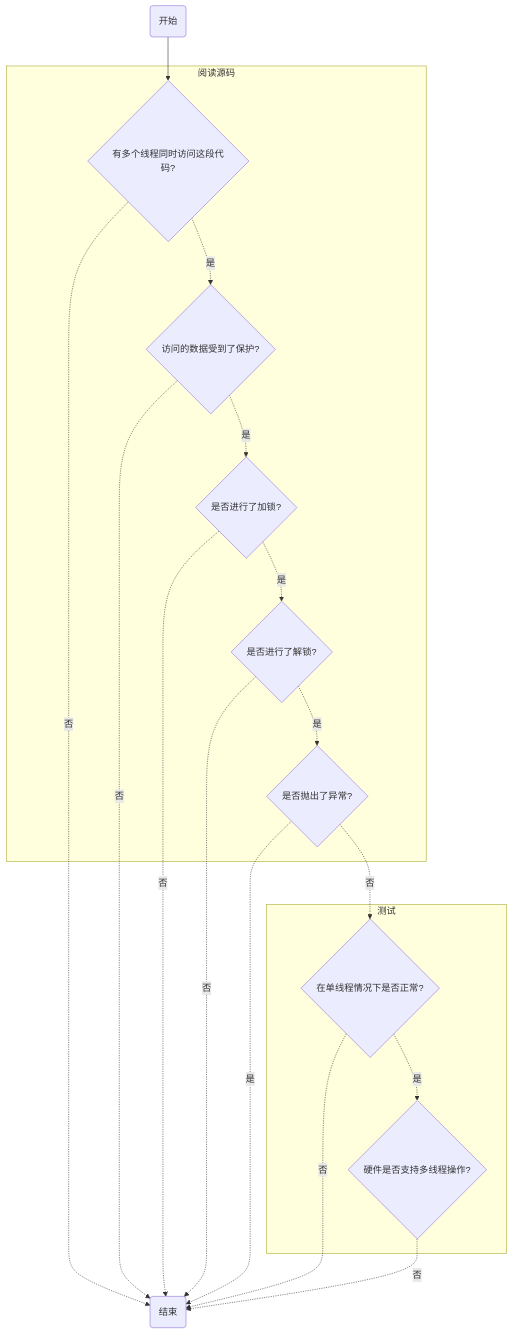
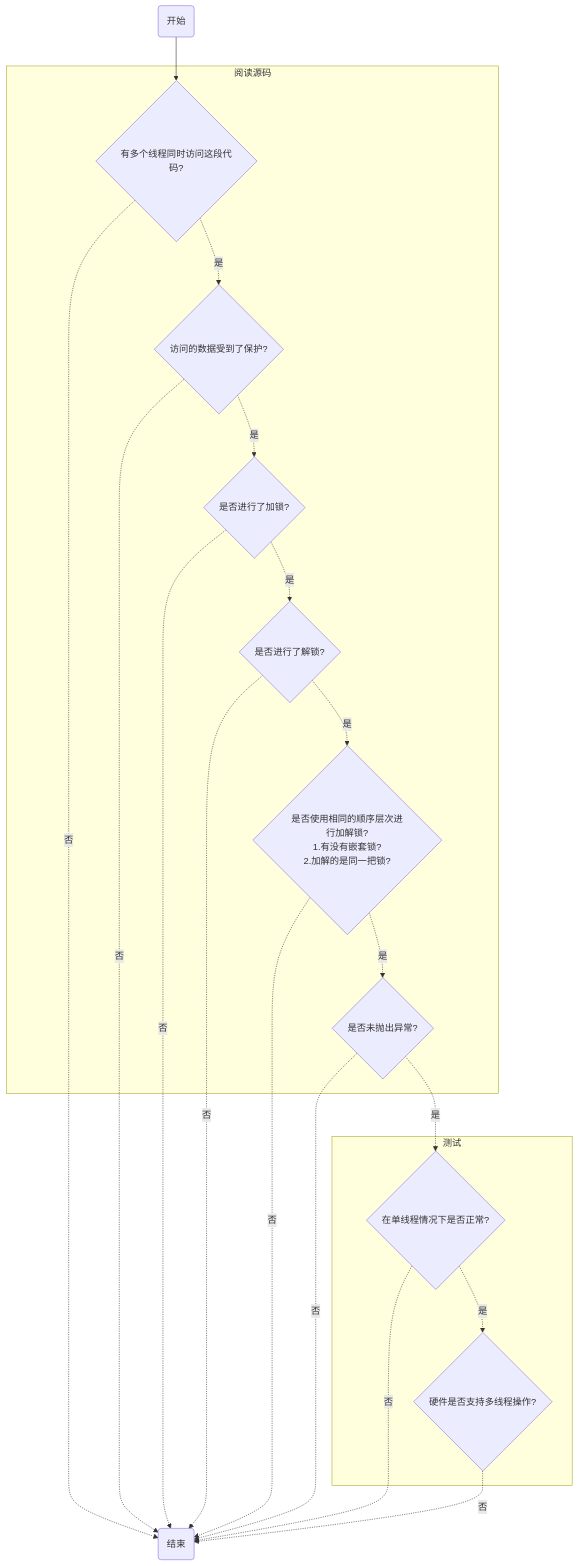
The second of 2 diagrams in LANG/C++/concurrency.md (hanjingo/doc), drawn with Mermaid before and after one commit. The commit also changed other lines of this file and 11 other files, not shown here.

````diff
--- a/LANG/C++/concurrency.md
+++ b/LANG/C++/concurrency.md
@@ -823,33 +1293,36 @@
 ```mermaid
 graph TD
 	start(开始)
 	finish(结束)
 	subgraph 阅读源码
 		r1{有多个线程同时访问这段代码?} 
 		r2{访问的数据受到了保护?} 
 		r3{是否进行了加锁?} 
 		r4{是否进行了解锁?}
-		r5{是否抛出了异常?}
+		r5{是否使用相同的顺序层次进行加解锁?<br>1.有没有嵌套锁?<br>2.加解的是同一把锁?}
+		r6{是否未抛出异常?}
 	end
 	
 	subgraph 测试
 		t1{在单线程情况下是否正常?}
 		t2{硬件是否支持多线程操作?}
 	end
 	
 	start --> r1
 	r1 -.是.-> r2
 	r1 -.否.-> finish
 	r2 -.是.-> r3
 	r2 -.否.-> finish
 	r3 -.是.-> r4
 	r3 -.否.-> finish
 	r4 -.是.-> r5
 	r4 -.否.-> finish
-	r5 -.否.-> t1
-	r5 -.是.-> finish
+	r5 -.是.-> r6
+	r5 -.否.-> finish
+	r6 -.是.-> t1
+	r6 -.否.-> finish
 	
 	t1 -.是.->t2
 	t1 -.否.->finish
 	t2 -.否.->finish
 ```
````
